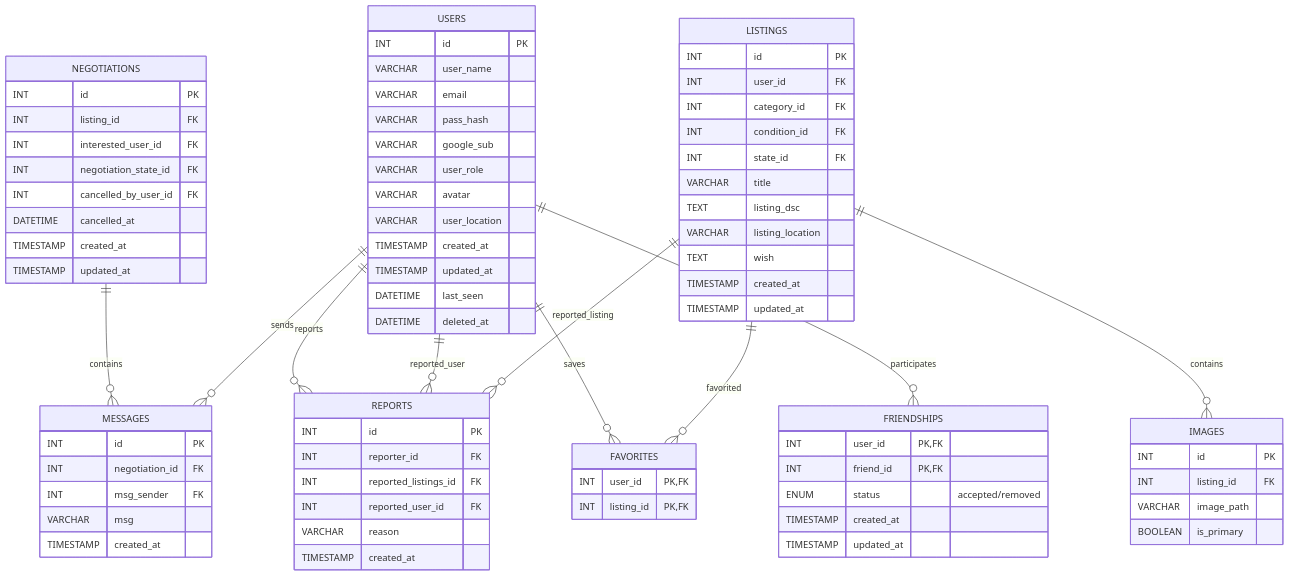
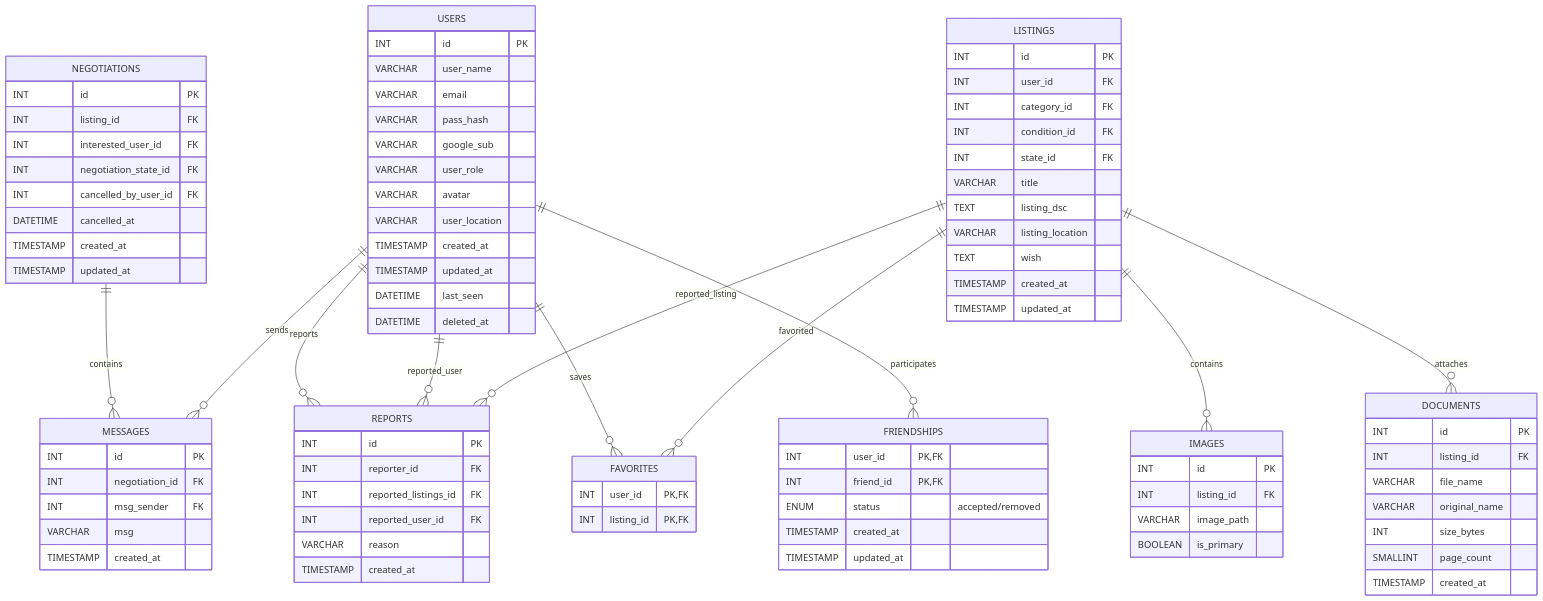
The second of 2 diagrams in srcs/services/mariadb/dakaERD.md (djunho/daka), drawn with Mermaid before and after one commit. The commit also changed 35 other files, not shown here.

```diff
--- a/srcs/services/mariadb/dakaERD.md
+++ b/srcs/services/mariadb/dakaERD.md
@@ -127,6 +127,16 @@
         INT listing_id FK
         VARCHAR image_path
         BOOLEAN is_primary
+    }
+
+    DOCUMENTS {
+        INT id PK
+        INT listing_id FK
+        VARCHAR file_name
+        VARCHAR original_name
+        INT size_bytes
+        SMALLINT page_count
+        TIMESTAMP created_at
     }
 
     MESSAGES {
@@ -200,6 +210,7 @@
     }
 
     LISTINGS ||--o{ IMAGES : contains
+    LISTINGS ||--o{ DOCUMENTS : attaches
 
     NEGOTIATIONS ||--o{ MESSAGES : contains
     USERS ||--o{ MESSAGES : sends
```
